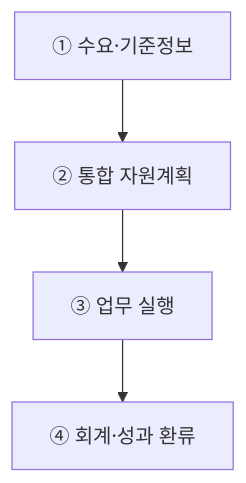
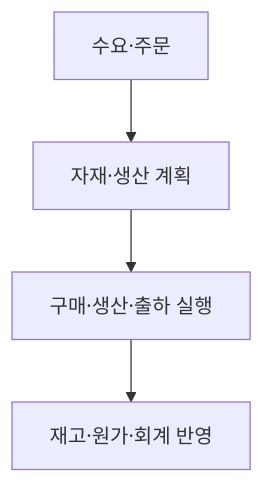
Before and after one commit to agnusdei1207/study: the second of 2 diagrams in src/content/docs/notes/itpe/01-it-strategy/068_erp.md, drawn with Mermaid. The commit also changed other lines of this file and 3 other files, not shown here.

````diff
--- a/src/content/docs/notes/itpe/01-it-strategy/068_erp.md
+++ b/src/content/docs/notes/itpe/01-it-strategy/068_erp.md
@@ -108,4 +117,4 @@
 ```mermaid
 flowchart TD
-    S1["① 수요·기준정보"] --> S2["② 통합 자원계획"] --> S3["③ 업무 실행"] --> S4["④ 회계·성과 환류"]
+    S1["수요·주문"] --> S2["자재·생산 계획"] --> S3["구매·생산·출하 실행"] --> S4["재고·원가·회계 반영"]
 ```
````
